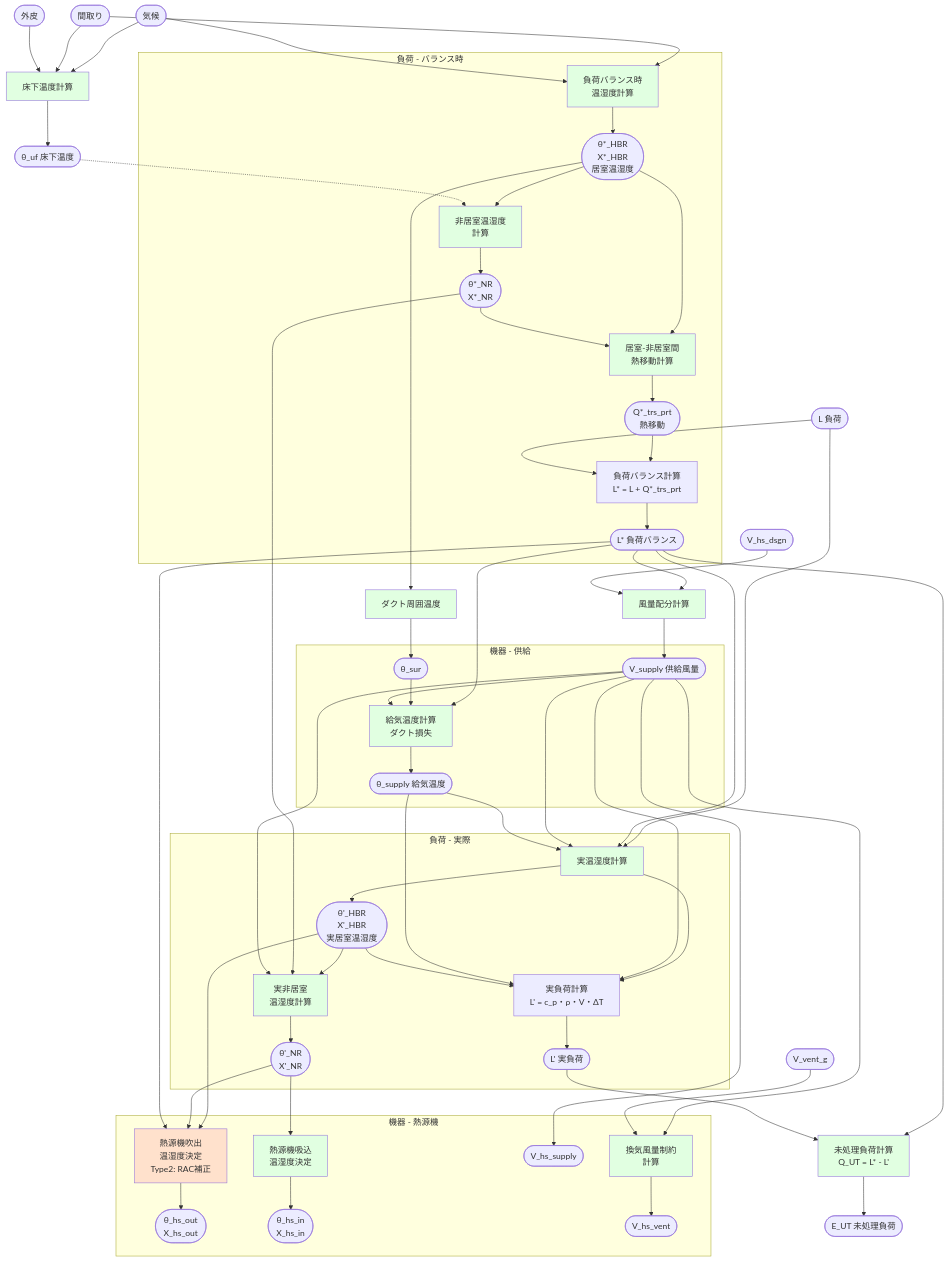
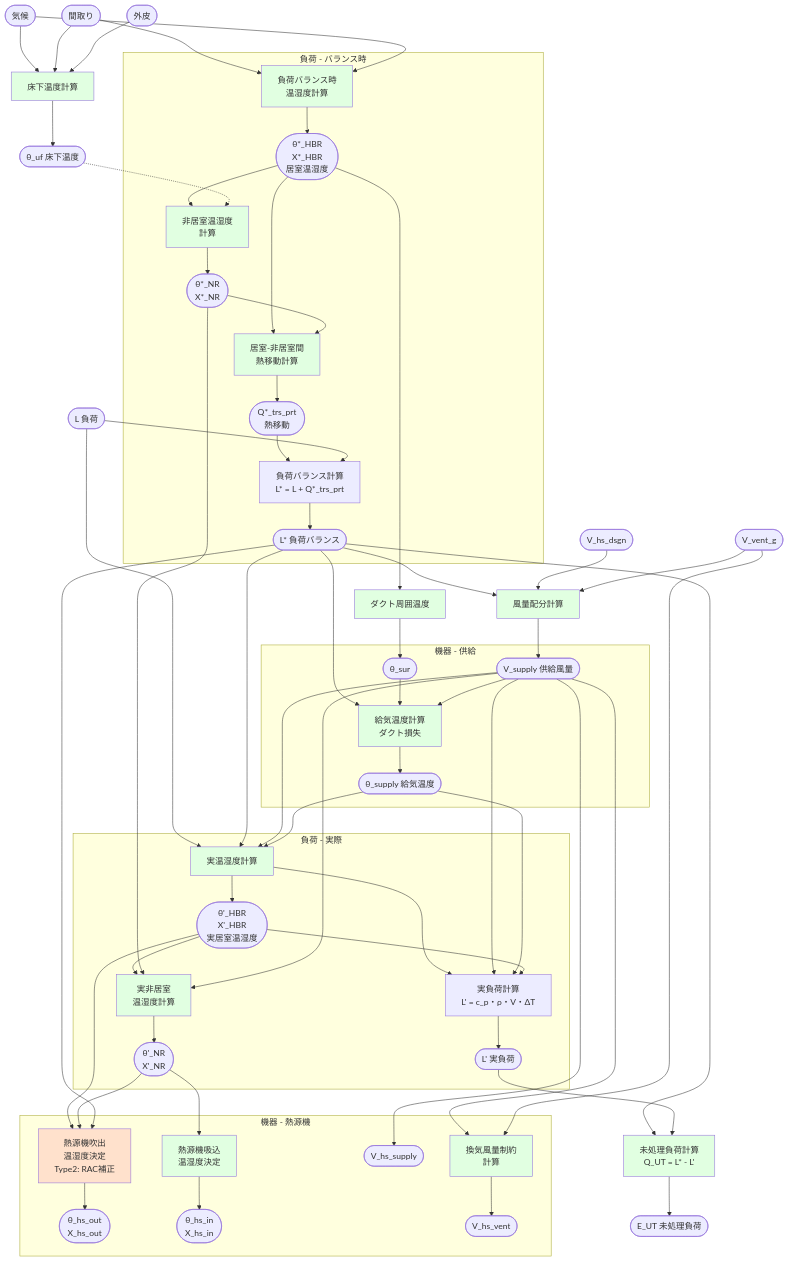
The third of 6 diagrams in docs/計算フロー_タイプ1・2.md (iguchi-lab/Verification-Platform-Next), drawn with Mermaid before and after one commit.

Commit message:
docs: ステップ2フローチャートにV_vent→Vol矢印を追加
V_vent_g（全般換気風量）は風量配分計算（Vol）の直接入力として
常に使用されているが、フローチャートから矢印が欠落していたため追加。

該当コード: get_V_dash_supply_d_t_i(r_supply_des_i, V_dash_hs_supply_d_t, V_vent_g_i)

```diff
--- a/docs/計算フロー_タイプ1・2.md
+++ b/docs/計算フロー_タイプ1・2.md
@@ -193,6 +193,7 @@
 
 L_bal --> Vol[風量配分計算]
 V_dsgn --> Vol
+V_vent --> Vol
 Vol --> V_sup([V_supply 供給風量])
 
 Theta_star --> Duct[ダクト周囲温度]
```
